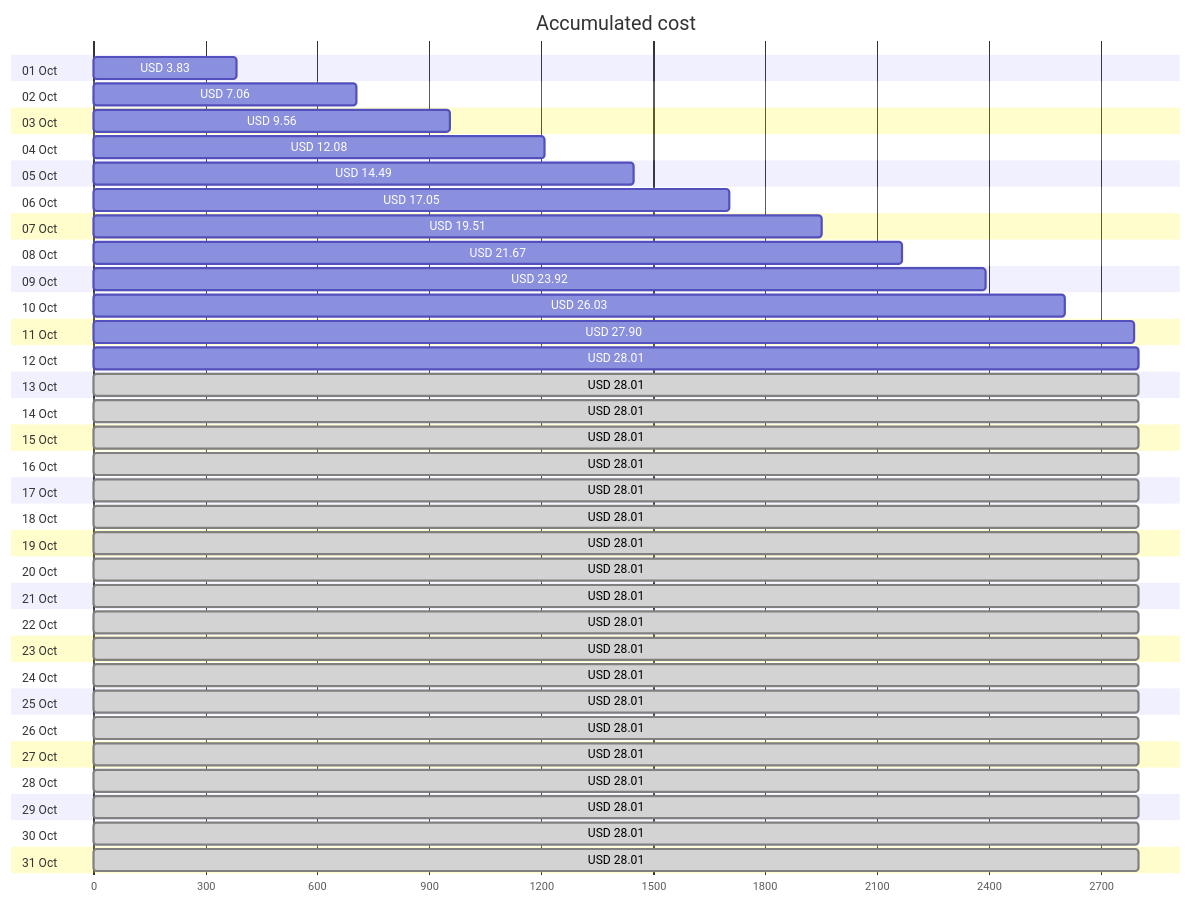
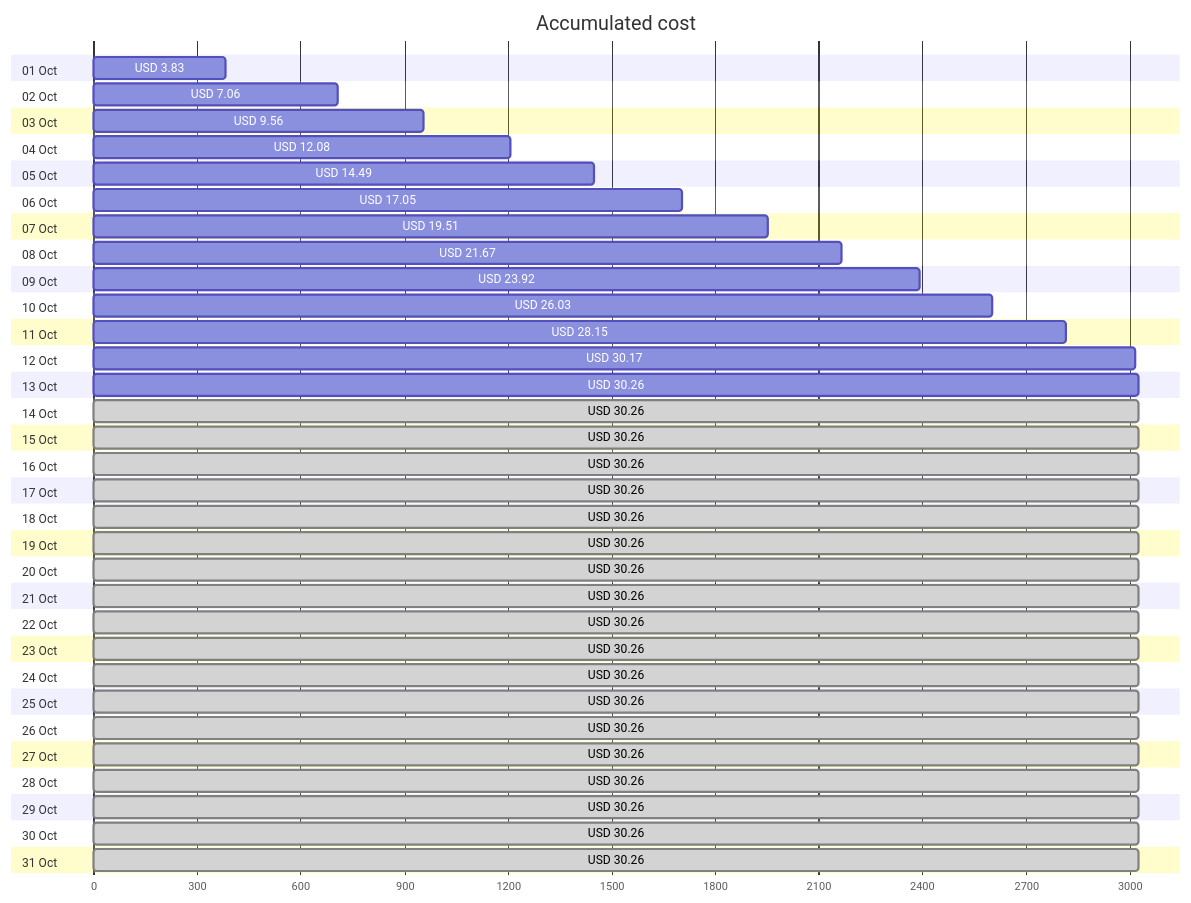
One commit to jpfulton/azure-personal-reports changed the first of 4 diagrams in cost-reports/accumulated-cost.md. Above: the diagram before and after it, drawn with Mermaid. The commit also changed other lines of this file and 4 other files, not shown here.

````diff
--- a/cost-reports/accumulated-cost.md
+++ b/cost-reports/accumulated-cost.md
@@ -20,68 +20,68 @@
 ```mermaid
 gantt
    title Accumulated cost
    dateFormat  X
    axisFormat %s
    section 01 Oct
    USD 3.83 :0, 383
    section 02 Oct
    USD 7.06 :0, 706
    section 03 Oct
    USD 9.56 :0, 956
    section 04 Oct
    USD 12.08 :0, 1208
    section 05 Oct
    USD 14.49 :0, 1449
    section 06 Oct
    USD 17.05 :0, 1705
    section 07 Oct
    USD 19.51 :0, 1951
    section 08 Oct
    USD 21.67 :0, 2167
    section 09 Oct
    USD 23.92 :0, 2392
    section 10 Oct
    USD 26.03 :0, 2603
    section 11 Oct
-   USD 27.90 :0, 2790
+   USD 28.15 :0, 2815
    section 12 Oct
-   USD 28.01 :0, 2801
+   USD 30.17 :0, 3017
    section 13 Oct
-   USD 28.01 : done, 0, 2801
+   USD 30.26 :0, 3026
    section 14 Oct
-   USD 28.01 : done, 0, 2801
+   USD 30.26 : done, 0, 3026
    section 15 Oct
-   USD 28.01 : done, 0, 2801
+   USD 30.26 : done, 0, 3026
    section 16 Oct
-   USD 28.01 : done, 0, 2801
+   USD 30.26 : done, 0, 3026
    section 17 Oct
-   USD 28.01 : done, 0, 2801
+   USD 30.26 : done, 0, 3026
    section 18 Oct
-   USD 28.01 : done, 0, 2801
+   USD 30.26 : done, 0, 3026
    section 19 Oct
-   USD 28.01 : done, 0, 2801
+   USD 30.26 : done, 0, 3026
    section 20 Oct
-   USD 28.01 : done, 0, 2801
+   USD 30.26 : done, 0, 3026
    section 21 Oct
-   USD 28.01 : done, 0, 2801
+   USD 30.26 : done, 0, 3026
    section 22 Oct
-   USD 28.01 : done, 0, 2801
+   USD 30.26 : done, 0, 3026
    section 23 Oct
-   USD 28.01 : done, 0, 2801
+   USD 30.26 : done, 0, 3026
    section 24 Oct
-   USD 28.01 : done, 0, 2801
+   USD 30.26 : done, 0, 3026
    section 25 Oct
-   USD 28.01 : done, 0, 2801
+   USD 30.26 : done, 0, 3026
    section 26 Oct
-   USD 28.01 : done, 0, 2801
+   USD 30.26 : done, 0, 3026
    section 27 Oct
-   USD 28.01 : done, 0, 2801
+   USD 30.26 : done, 0, 3026
    section 28 Oct
-   USD 28.01 : done, 0, 2801
+   USD 30.26 : done, 0, 3026
    section 29 Oct
-   USD 28.01 : done, 0, 2801
+   USD 30.26 : done, 0, 3026
    section 30 Oct
-   USD 28.01 : done, 0, 2801
+   USD 30.26 : done, 0, 3026
    section 31 Oct
-   USD 28.01 : done, 0, 2801
+   USD 30.26 : done, 0, 3026
 ```
````
